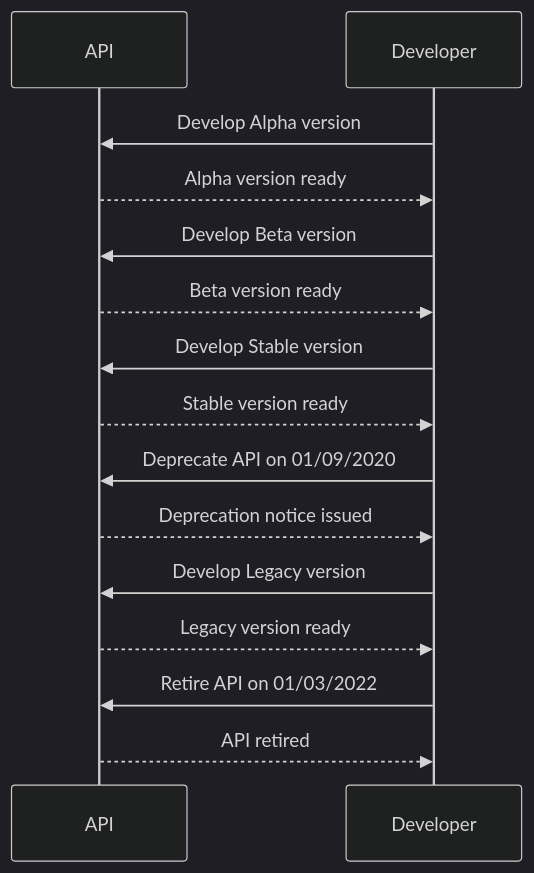
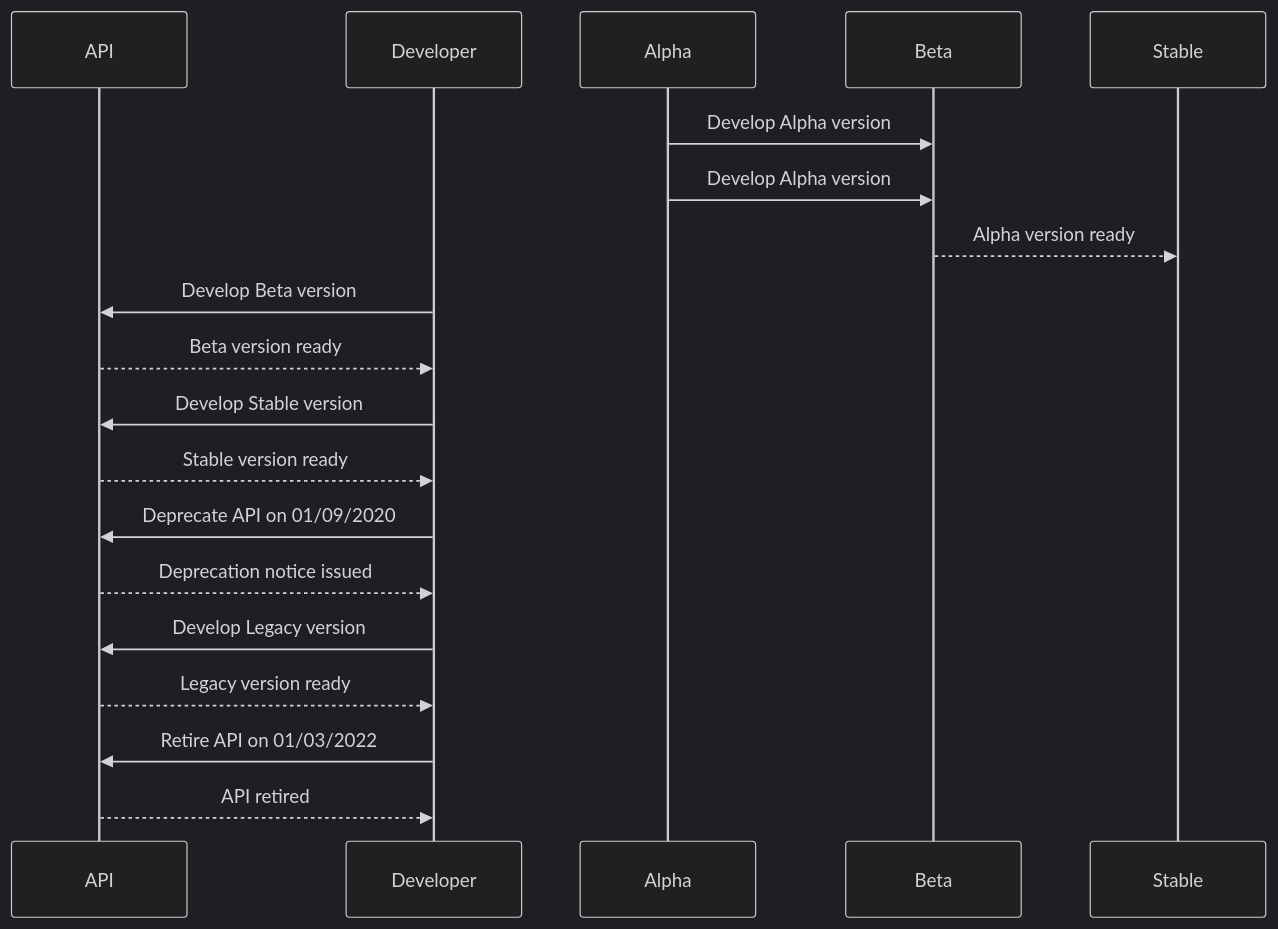
Before and after one commit to Geoff1900/Geoff1900.github.io: the diagram in docs/index.md, drawn with Mermaid (dark theme).

````diff
--- a/docs/index.md
+++ b/docs/index.md
@@ -11,23 +11,24 @@
 ```mermaid
 sequenceDiagram
     participant API
     participant Developer
 
-    Developer->>API: Develop Alpha version
-    API-->>Developer: Alpha version ready
+    Alpha->>Beta: Develop Alpha version
+    Alpha->>Beta: Develop Alpha version
+    Beta-->>Stable: Alpha version ready
 
     Developer->>API: Develop Beta version
     API-->>Developer: Beta version ready
 
     Developer->>API: Develop Stable version
     API-->>Developer: Stable version ready
 
     Developer->>API: Deprecate API on 01/09/2020
     API-->>Developer: Deprecation notice issued
 
     Developer->>API: Develop Legacy version
     API-->>Developer: Legacy version ready
 
     Developer->>API: Retire API on 01/03/2022
     API-->>Developer: API retired
 ```
````
